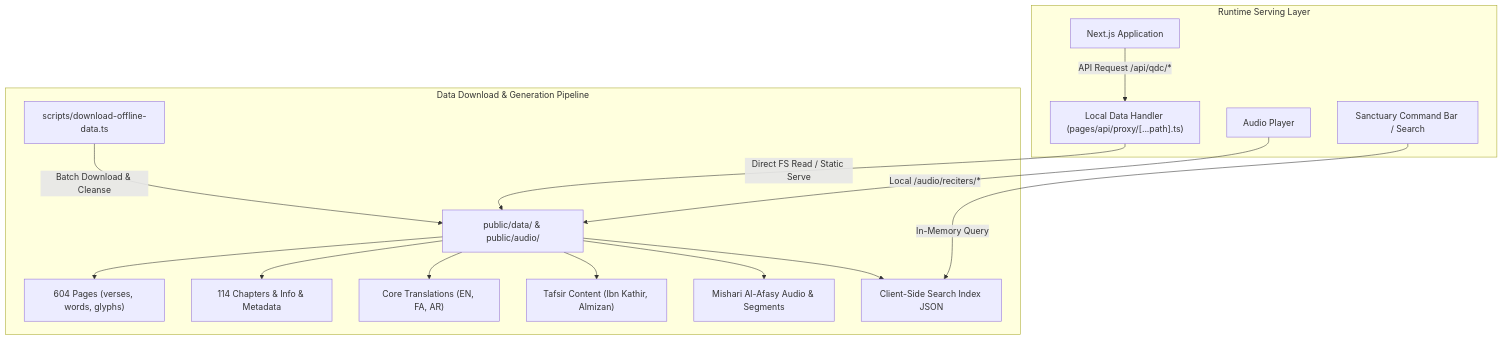
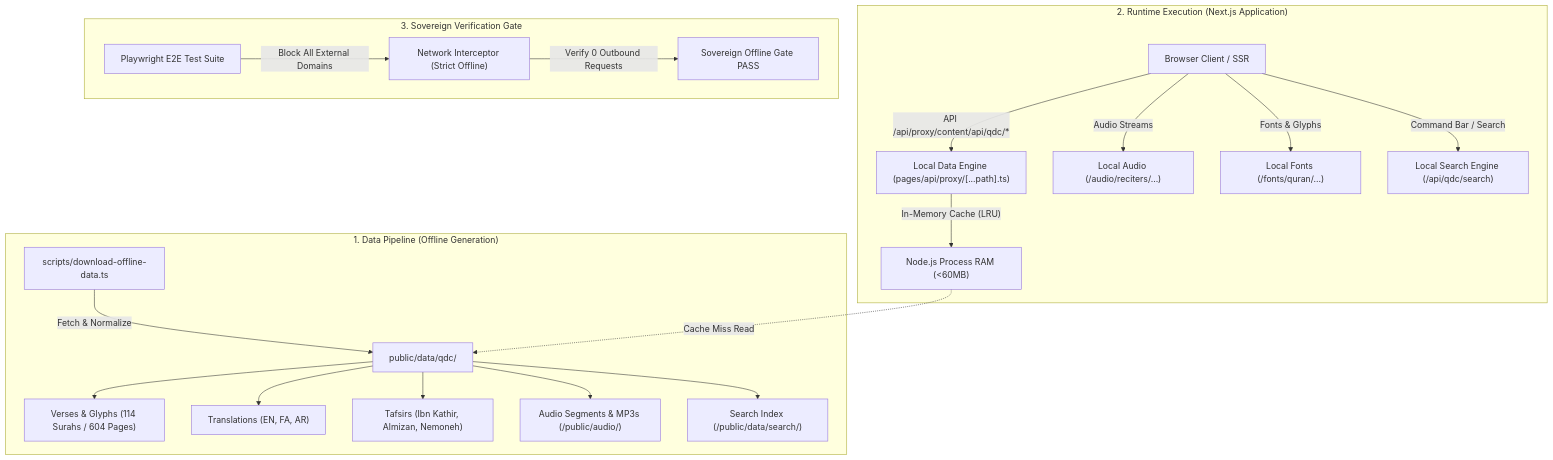
One commit to bigslip/quran changed the first of 3 diagrams in docs/superpowers/specs/2026-09-10-offline-data-and-self-contained-cdn-architecture-design.md. Above: the diagram before and after it, drawn with Mermaid. The commit also changed other lines of this file, not shown here.

Commit message:
docs(spec): enhance offline data and self-contained cdn architecture specification

````diff
--- a/docs/superpowers/specs/2026-09-10-offline-data-and-self-contained-cdn-architecture-design.md
+++ b/docs/superpowers/specs/2026-09-10-offline-data-and-self-contained-cdn-architecture-design.md
@@ -17,19 +23,25 @@
 ```mermaid
 flowchart TD
-    subgraph Pipeline["Data Download & Generation Pipeline"]
-        Script["scripts/download-offline-data.ts"] -->|"Batch Download & Cleanse"| PublicData["public/data/ & public/audio/"]
-        PublicData --> Pages["604 Pages (verses, words, glyphs)"]
-        PublicData --> Chapters["114 Chapters & Info & Metadata"]
-        PublicData --> Translations["Core Translations (EN, FA, AR)"]
-        PublicData --> Tafsirs["Tafsir Content (Ibn Kathir, Almizan)"]
-        PublicData --> Audio["Mishari Al-Afasy Audio & Segments"]
-        PublicData --> Search["Client-Side Search Index JSON"]
+    subgraph Pipeline["1. Data Pipeline (Offline Generation)"]
+        Downloader["scripts/download-offline-data.ts"] -->|"Fetch & Normalize"| CanonicalStore["public/data/qdc/"]
+        CanonicalStore --> VersesStore["Verses & Glyphs (114 Surahs / 604 Pages)"]
+        CanonicalStore --> TransStore["Translations (EN, FA, AR)"]
+        CanonicalStore --> TafsirStore["Tafsirs (Ibn Kathir, Almizan, Nemoneh)"]
+        CanonicalStore --> AudioStore["Audio Segments & MP3s (/public/audio/)"]
+        CanonicalStore --> SearchStore["Search Index (/public/data/search/)"]
     end
 
-    subgraph Runtime["Runtime Serving Layer"]
-        App["Next.js Application"] -->|"API Request /api/qdc/*"| LocalProxy["Local Data Handler (pages/api/proxy/[...path].ts)"]
-        LocalProxy -->|"Direct FS Read / Static Serve"| PublicData
-        AudioPlayer["Audio Player"] -->|"Local /audio/reciters/*"| PublicData
-        SearchComponent["Sanctuary Command Bar / Search"] -->|"In-Memory Query"| Search
+    subgraph Runtime["2. Runtime Execution (Next.js Application)"]
+        Client["Browser Client / SSR"] -->|"API /api/proxy/content/api/qdc/*"| LocalEngine["Local Data Engine (pages/api/proxy/[...path].ts)"]
+        LocalEngine -->|"In-Memory Cache (LRU)"| MemoryCache["Node.js Process RAM (<60MB)"]
+        MemoryCache -.->|"Cache Miss Read"| CanonicalStore
+        Client -->|"Audio Streams"| LocalAudio["Local Audio (/audio/reciters/...)"]
+        Client -->|"Fonts & Glyphs"| LocalFonts["Local Fonts (/fonts/quran/...)"]
+        Client -->|"Command Bar / Search"| LocalSearch["Local Search Engine (/api/qdc/search)"]
+    end
+
+    subgraph Gate["3. Sovereign Verification Gate"]
+        Playwright["Playwright E2E Test Suite"] -->|"Block All External Domains"| NetworkInterception["Network Interceptor (Strict Offline)"]
+        NetworkInterception -->|"Verify 0 Outbound Requests"| VerificationSuccess["Sovereign Offline Gate PASS"]
     end
 ```
````
